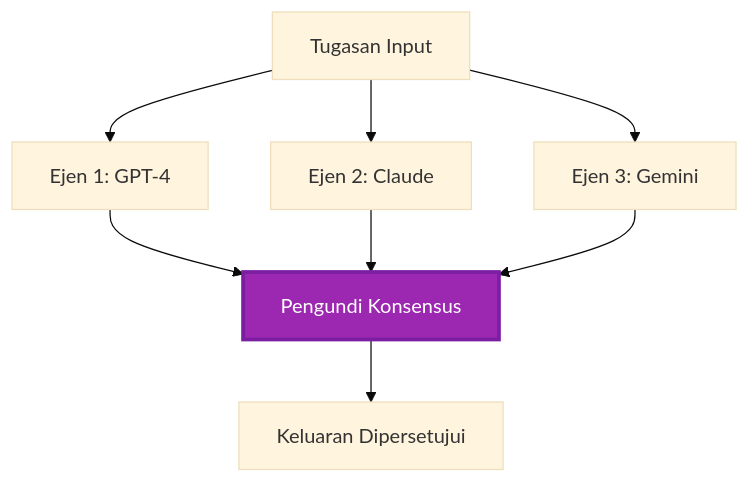
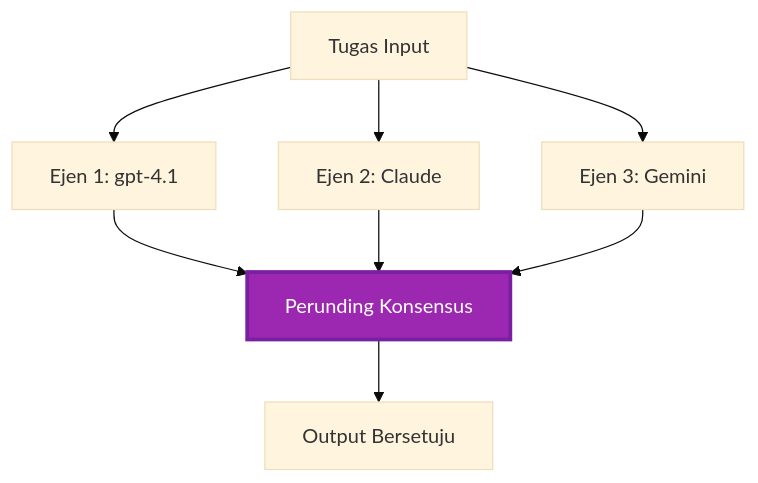
The fifth of 6 diagrams in translations/ms/docs/chapter-06-pre-deployment/coordination-patterns.md (microsoft/AZD-for-beginners), drawn with Mermaid (base theme) before and after one commit. The commit also changed other lines of this file and 101 other files, not shown here.

````diff
--- a/translations/ms/docs/chapter-06-pre-deployment/coordination-patterns.md
+++ b/translations/ms/docs/chapter-06-pre-deployment/coordination-patterns.md
@@ -231,19 +225,19 @@
 ```mermaid
 graph TB
-    Input[Tugasan Input]
-    Agent1[Ejen 1: GPT-4]
+    Input[Tugas Input]
+    Agent1[Ejen 1: gpt-4.1]
     Agent2[Ejen 2: Claude]
     Agent3[Ejen 3: Gemini]
-    Voter[Pengundi Konsensus]
-    Output[Keluaran Dipersetujui]
+    Voter[Perunding Konsensus]
+    Output[Output Bersetuju]
     
     Input --> Agent1
     Input --> Agent2
     Input --> Agent3
     Agent1 --> Voter
     Agent2 --> Voter
     Agent3 --> Voter
     Voter --> Output
     
     style Voter fill:#9C27B0,stroke:#7B1FA2,stroke-width:3px,color:#fff
 ```
````
